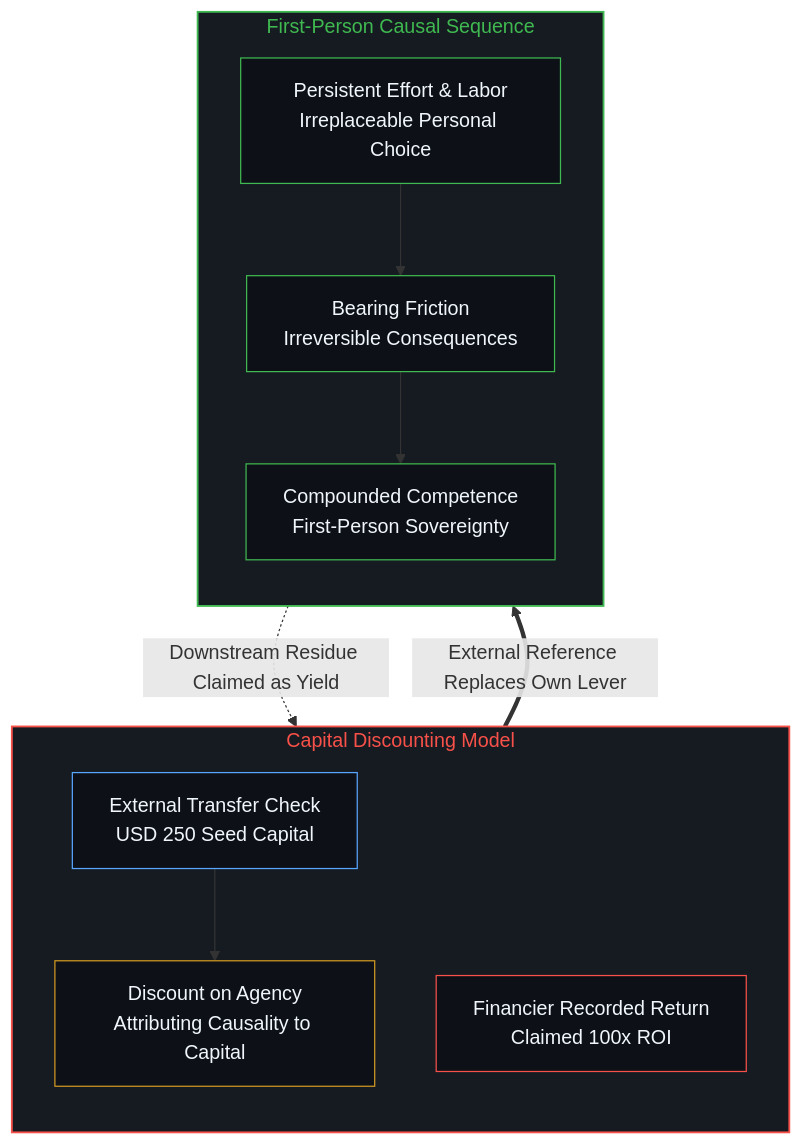
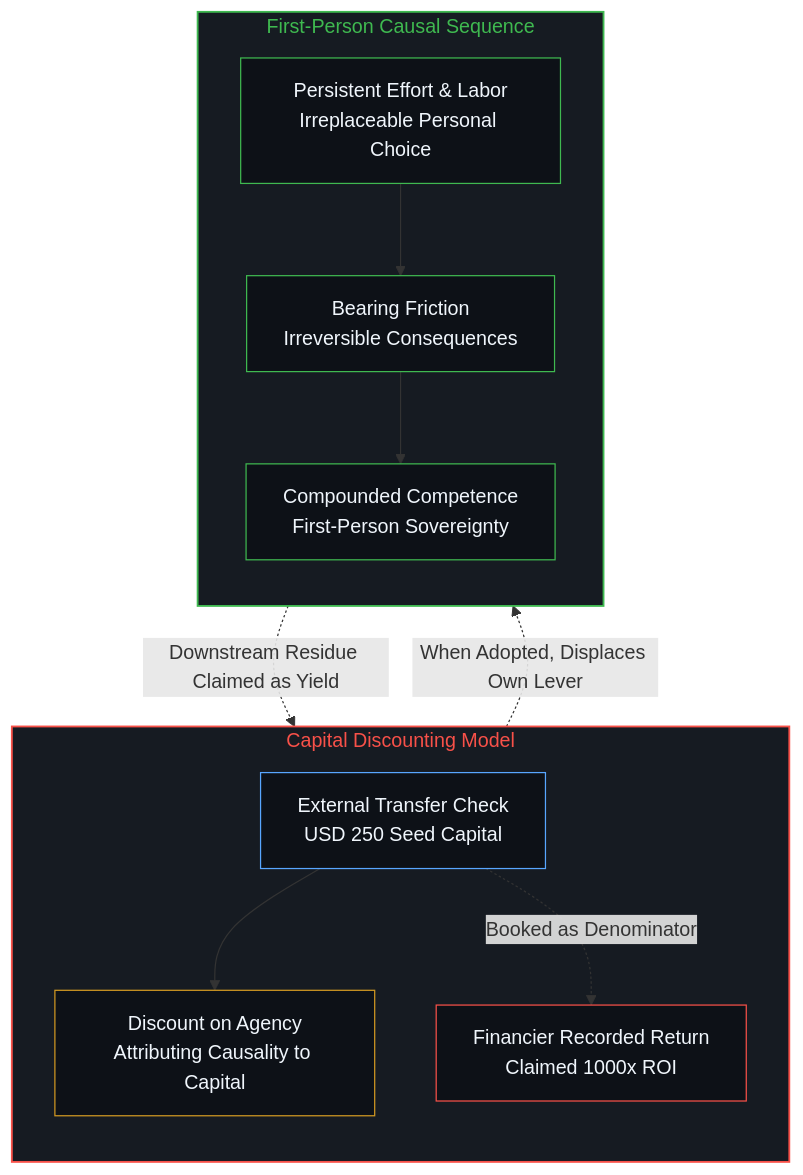
One commit to powerpig99/not-a-toe changed the second of 4 diagrams in content/posts/the-discount-on-agency.md. Above: the diagram before and after it, drawn with Mermaid. The commit also changed other lines of this file and 4 other files, not shown here.

````diff
--- a/content/posts/the-discount-on-agency.md
+++ b/content/posts/the-discount-on-agency.md
@@ -47,27 +48,28 @@
 ```mermaid
 flowchart TD
   subgraph S_FIN["Capital Discounting Model"]
     direction TB
     C_IN["External Transfer Check<br/>USD 250 Seed Capital"]
-    C_RET["Financier Recorded Return<br/>Claimed 100x ROI"]
     C_DISC["Discount on Agency<br/>Attributing Causality to Capital"]
+    C_RET["Financier Recorded Return<br/>Claimed 1000x ROI"]
   end
   subgraph S_ACT["First-Person Causal Sequence"]
     direction TB
     A_ACT["Persistent Effort & Labor<br/>Irreplaceable Personal Choice"]
     A_FRIC["Bearing Friction<br/>Irreversible Consequences"]
     A_GROW["Compounded Competence<br/>First-Person Sovereignty"]
   end
   C_IN --> C_DISC
+  C_IN -.->|"Booked as Denominator"| C_RET
   A_ACT --> A_FRIC --> A_GROW
   A_GROW -.->|"Downstream Residue Claimed as Yield"| C_RET
-  C_DISC ==>|"External Reference Replaces Own Lever"| A_ACT
+  C_DISC -.->|"When Adopted, Displaces Own Lever"| A_ACT
   style S_FIN fill:#161b22,stroke:#f85149,stroke-width:1.5px,color:#f85149
   style S_ACT fill:#161b22,stroke:#3fb950,stroke-width:1.5px,color:#3fb950
   style C_IN fill:#0d1117,stroke:#58a6ff,stroke-width:1px,color:#f0f6fc
   style C_RET fill:#0d1117,stroke:#f85149,stroke-width:1px,color:#f0f6fc
   style C_DISC fill:#0d1117,stroke:#d29922,stroke-width:1px,color:#f0f6fc
   style A_ACT fill:#0d1117,stroke:#3fb950,stroke-width:1px,color:#f0f6fc
   style A_FRIC fill:#0d1117,stroke:#3fb950,stroke-width:1px,color:#f0f6fc
   style A_GROW fill:#0d1117,stroke:#3fb950,stroke-width:1px,color:#f0f6fc
 ```
````
